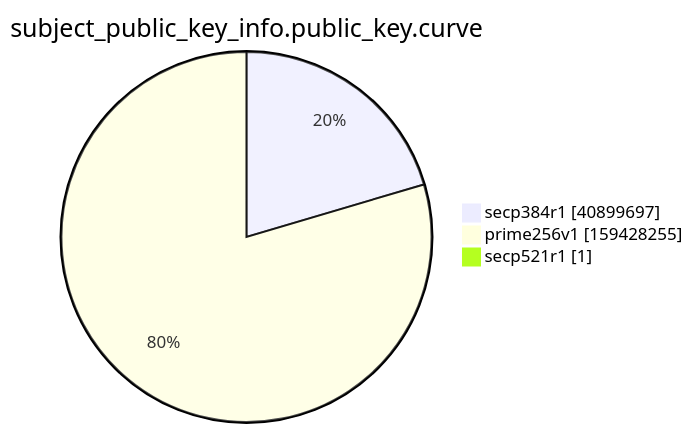
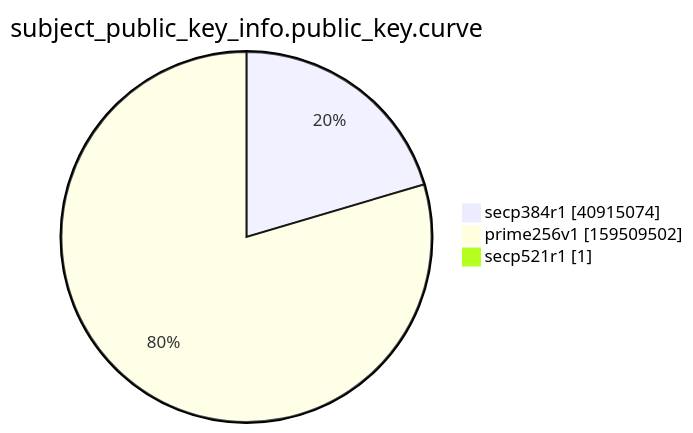
Before and after one commit to christiankrug/ctmonitor_visualization: the ninth of 15 diagrams in xenon2022/README.md, drawn with Mermaid. The commit also changed other lines of this file, not shown here.

````diff
--- a/xenon2022/README.md
+++ b/xenon2022/README.md
@@ -2867,7 +2867,7 @@
 ```mermaid
 pie showData
 title subject_public_key_info.public_key.curve
-"secp384r1" :40899697
-"prime256v1" :159428255
+"secp384r1" :40915074
+"prime256v1" :159509502
 "secp521r1" :1
 ```
````
